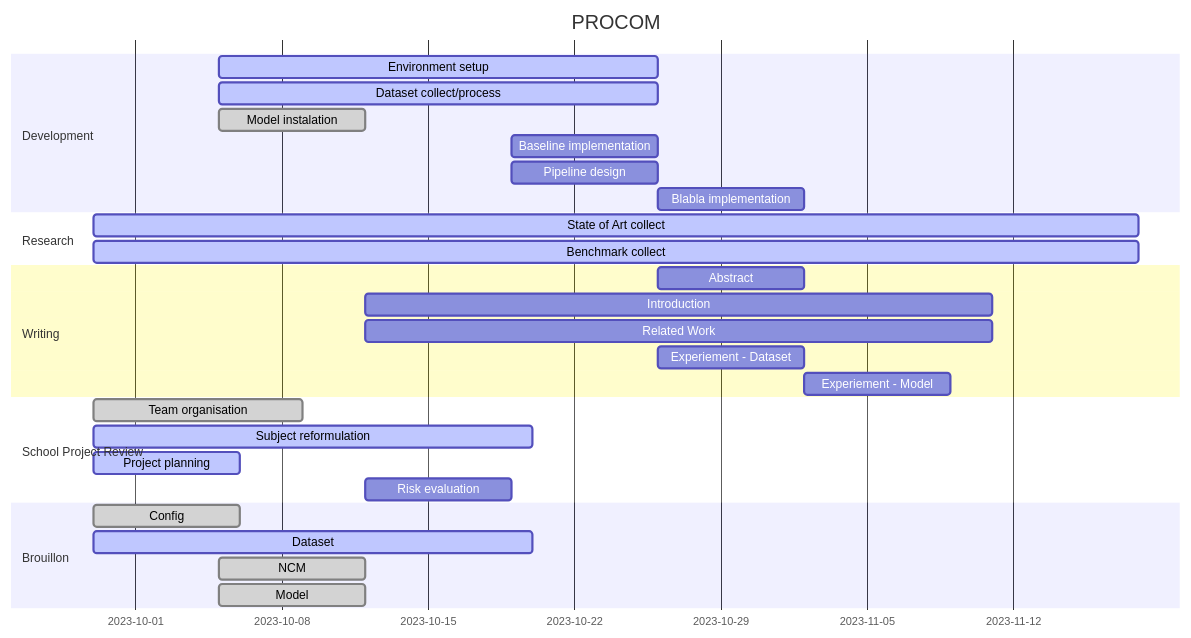
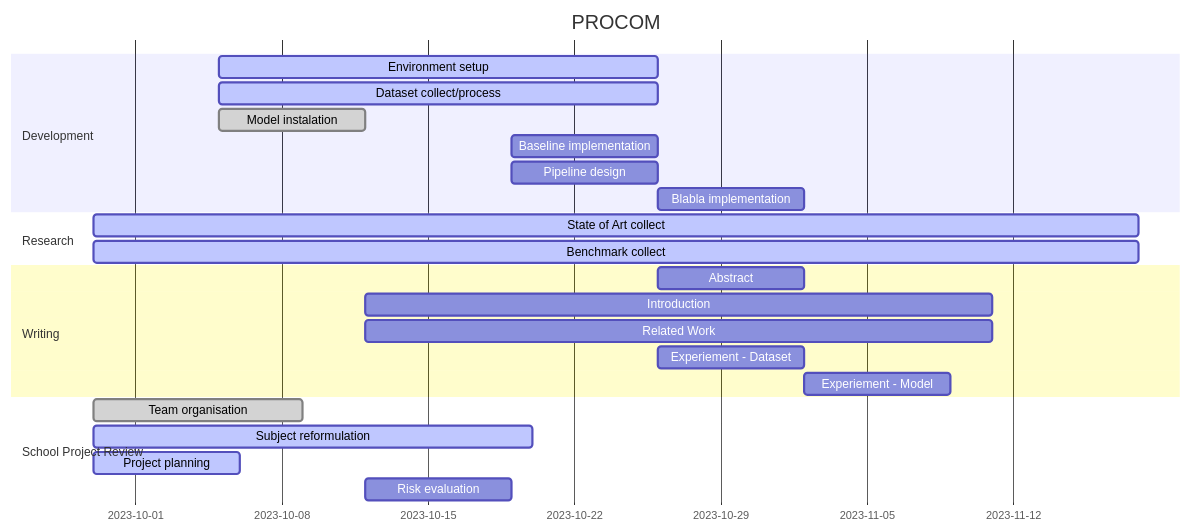
Before and after one commit to lin-frederic/ProCom: the first of 2 diagrams in README.md, drawn with Mermaid. The commit also changed other lines of this file and 2 other files, not shown here.

````diff
--- a/README.md
+++ b/README.md
@@ -7,40 +32,35 @@
 ```mermaid
 gantt
 
 dateFormat  YYYY-MM-DD
 title PROCOM
 
 section Development
 Environment setup         :active,  des1, 2023-10-05, 21d
 Dataset collect/process   :active,  des2, 2023-10-05, 21d
 Model instalation         :done,    des3, 2023-10-05, 7d
 Baseline implementation   :  des14, 2023-10-19, 7d
 Pipeline design     :  des15, 2023-10-19, 7d
 Blabla implementation :  des16, 2023-10-26, 7d
 
 section Research
 State of Art collect      :active,  des4, 2023-09-29, 50d
 Benchmark collect         :active,  des5, 2023-09-29, 50d
 
 
 section Writing 
 Abstract : des17, 2023-10-26, 7d
 Introduction : des18, 2023-10-12, 30d
 Related Work : des19, 2023-10-12, 30d
 Experiement - Dataset : des20, 2023-10-26, 7d
 Experiement - Model : des21, 2023-11-02, 7d
 
 
 section School Project Review
 Team organisation        : done, des6, 2023-09-29, 10d        
 Subject reformulation    : active, des11, 2023-09-29, 21d
 Project planning         : active, des12, 2023-09-29, 7d
 Risk evaluation          :        des13, 2023-10-12, 7d
 
-section Brouillon 
-Config                    :done,    des7, 2023-09-29, 7d
-Dataset                   :active,  des8, 2023-09-29, 21d
-NCM                       :done,    des9, 2023-10-05, 7d
-Model                     :done,    des10, 2023-10-05, 7d
 
 ```
````
